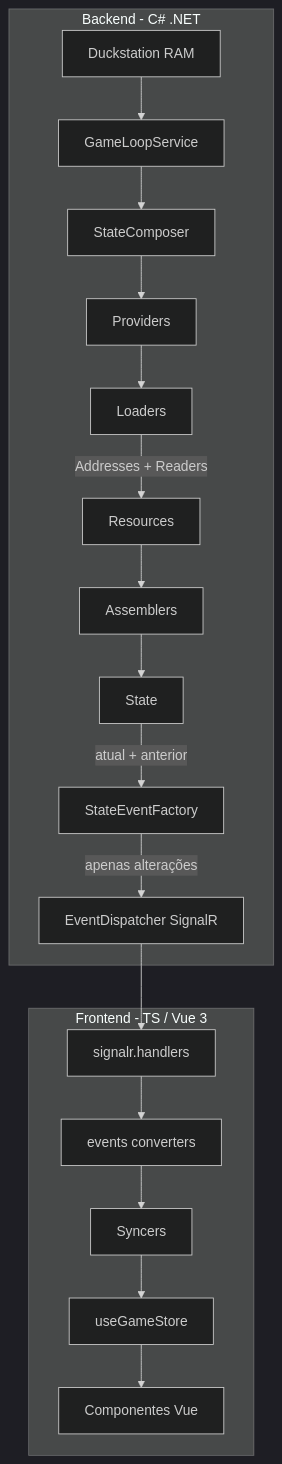
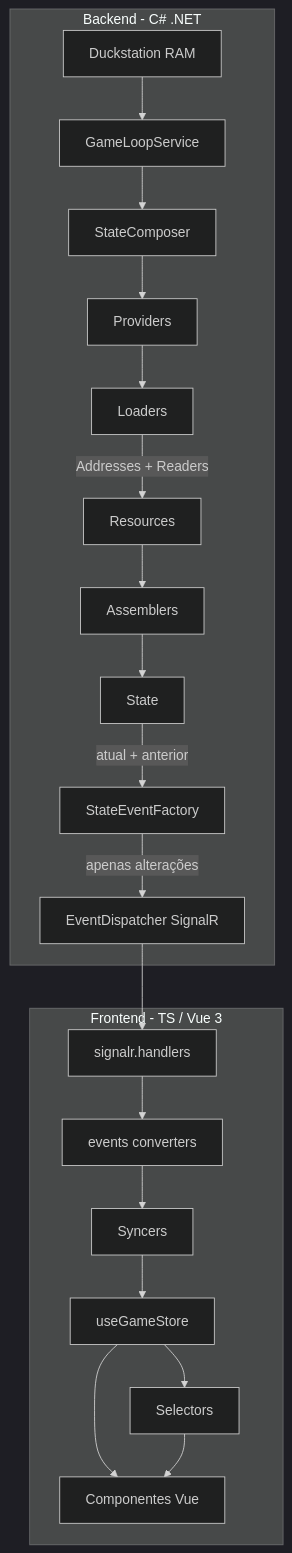
Before and after one commit to jeanheck/digivice: the diagram in .cursor/rules/digivice-business.mdc, drawn with Mermaid (dark theme). The commit also changed other lines of this file and 16 other files, not shown here.

````diff
--- a/.cursor/rules/digivice-business.mdc
+++ b/.cursor/rules/digivice-business.mdc
@@ -12,21 +12,23 @@
 ```mermaid
 graph TD
     subgraph backendSide [Backend - C# .NET]
         emulator[Duckstation RAM] --> gameLoop[GameLoopService]
         gameLoop --> composer[StateComposer]
         composer --> providers[Providers]
         providers --> loaders[Loaders]
         loaders -->|"Addresses + Readers"| resources[Resources]
         resources --> assemblers[Assemblers]
         assemblers --> state[State]
         state -->|"atual + anterior"| stateEvents[StateEventFactory]
         stateEvents -->|"apenas alterações"| dispatcher[EventDispatcher SignalR]
     end
     subgraph frontendSide [Frontend - TS / Vue 3]
         dispatcher --> handlers[signalr.handlers]
         handlers --> converters[events converters]
         converters --> syncers[Syncers]
         syncers --> pinia[useGameStore]
+        pinia --> selectors[Selectors]
         pinia --> components[Componentes Vue]
+        selectors --> components
     end
 ```
````
